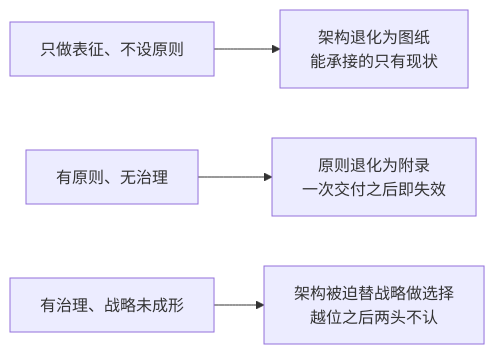
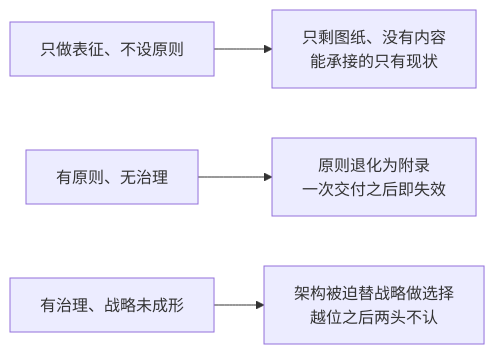
Before and after one commit to Yongjunzhou/business-Engineering: the sixth of 7 diagrams in 10-系统工程研究/00-系统工程相关研究报告/42-架构研究报告-从定义句与目的到三张清单治理与视图.md, drawn with Mermaid. The commit also changed other lines of this file and 18 other files, not shown here.

````diff
--- a/10-系统工程研究/00-系统工程相关研究报告/42-架构研究报告-从定义句与目的到三张清单治理与视图.md
+++ b/10-系统工程研究/00-系统工程相关研究报告/42-架构研究报告-从定义句与目的到三张清单治理与视图.md
@@ -984,6 +1030,6 @@
 ```mermaid
 flowchart LR
-  F1["只做表征、不设原则"] --> G1["架构退化为图纸<br/>能承接的只有现状"]
+  F1["只做表征、不设原则"] --> G1["只剩图纸、没有内容<br/>能承接的只有现状"]
   F2["有原则、无治理"] --> G2["原则退化为附录<br/>一次交付之后即失效"]
   F3["有治理、战略未成形"] --> G3["架构被迫替战略做选择<br/>越位之后两头不认"]
 ```
````
